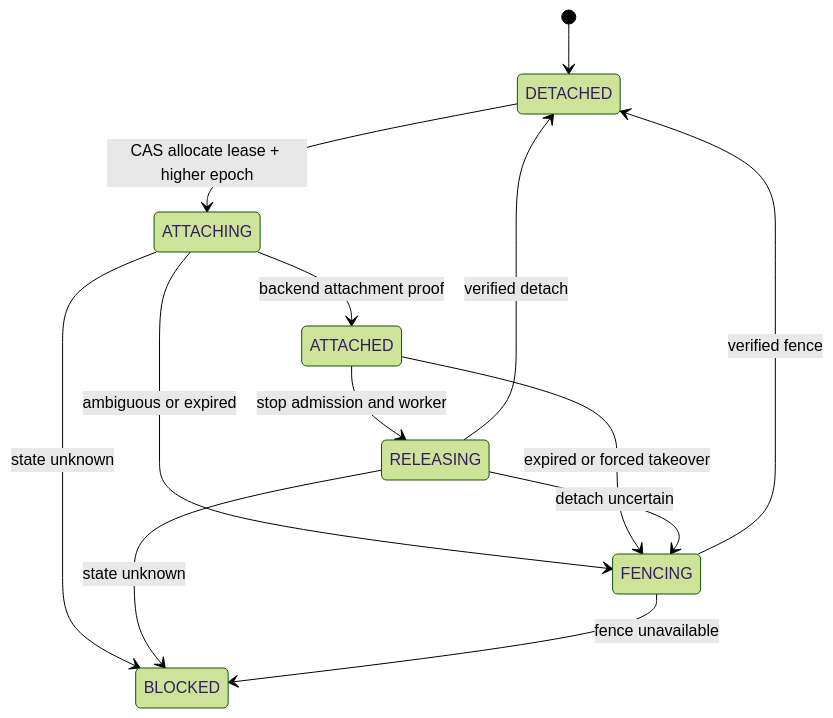
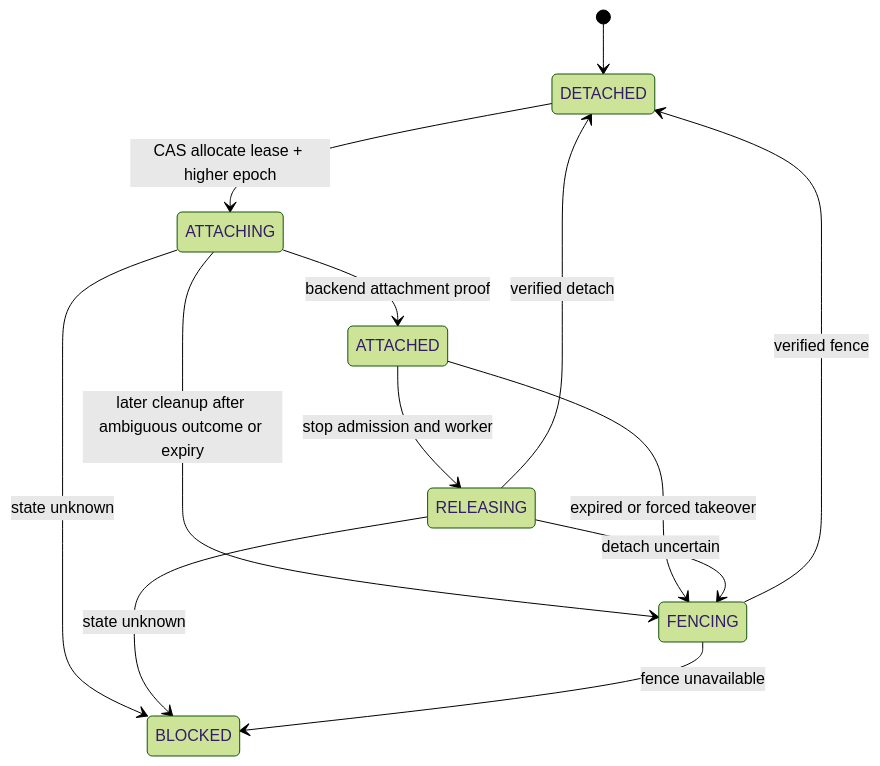
The diagram in docs/architecture/session-storage-contracts.md (cha-op/portable-codex-runtime), drawn with Mermaid (forest theme) before and after one commit. The commit also changed other lines of this file and 12 other files, not shown here.

````diff
--- a/docs/architecture/session-storage-contracts.md
+++ b/docs/architecture/session-storage-contracts.md
@@ -264,15 +272,15 @@
 ```mermaid
 stateDiagram-v2
   [*] --> DETACHED
   DETACHED --> ATTACHING: CAS allocate lease + higher epoch
   ATTACHING --> ATTACHED: backend attachment proof
   ATTACHED --> RELEASING: stop admission and worker
   RELEASING --> DETACHED: verified detach
-  ATTACHING --> FENCING: ambiguous or expired
+  ATTACHING --> FENCING: later cleanup after ambiguous outcome or expiry
   ATTACHED --> FENCING: expired or forced takeover
   RELEASING --> FENCING: detach uncertain
   FENCING --> DETACHED: verified fence
   ATTACHING --> BLOCKED: state unknown
   RELEASING --> BLOCKED: state unknown
   FENCING --> BLOCKED: fence unavailable
 ```
````
